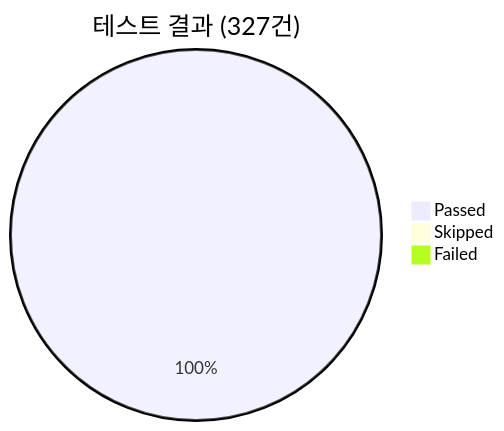
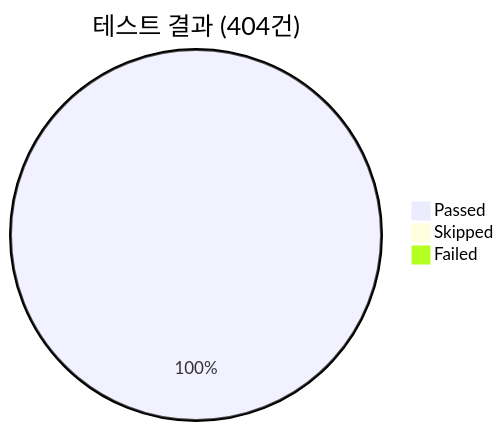
Diagram 22 of 31 in README.md (sun475300-sudo/Swarm-control-in-sc2bot), drawn with Mermaid before and after one commit. The commit also changed other lines of this file and 1 other file, not shown here.

Commit message:
docs: README 수치 업데이트 (테스트 327→404, 버그 87→93건)

````diff
--- a/README.md
+++ b/README.md
@@ -612,6 +612,6 @@
 ```mermaid
-pie title 테스트 결과 (327건)
-    "Passed" : 327
+pie title 테스트 결과 (404건)
+    "Passed" : 404
     "Skipped" : 0
     "Failed" : 0
 ```
````
